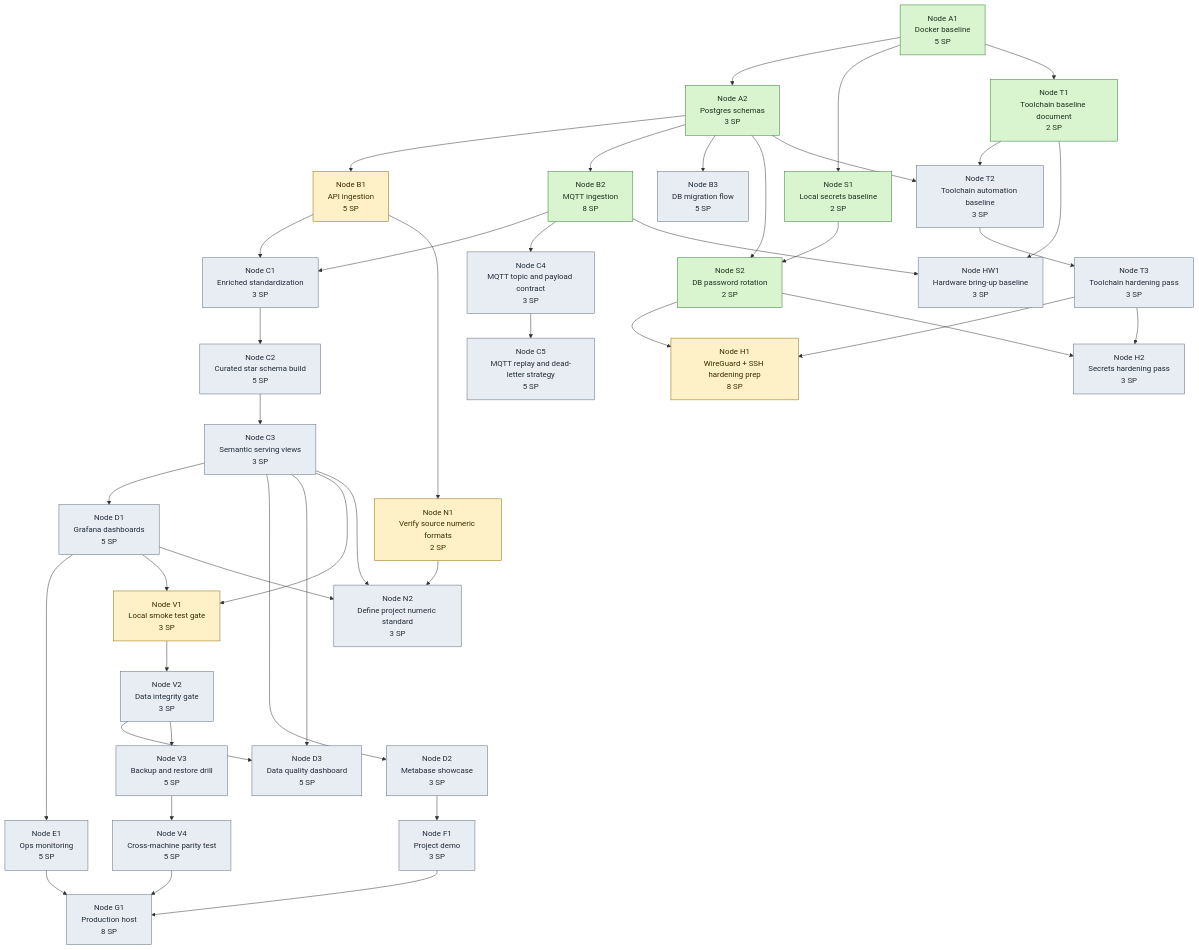
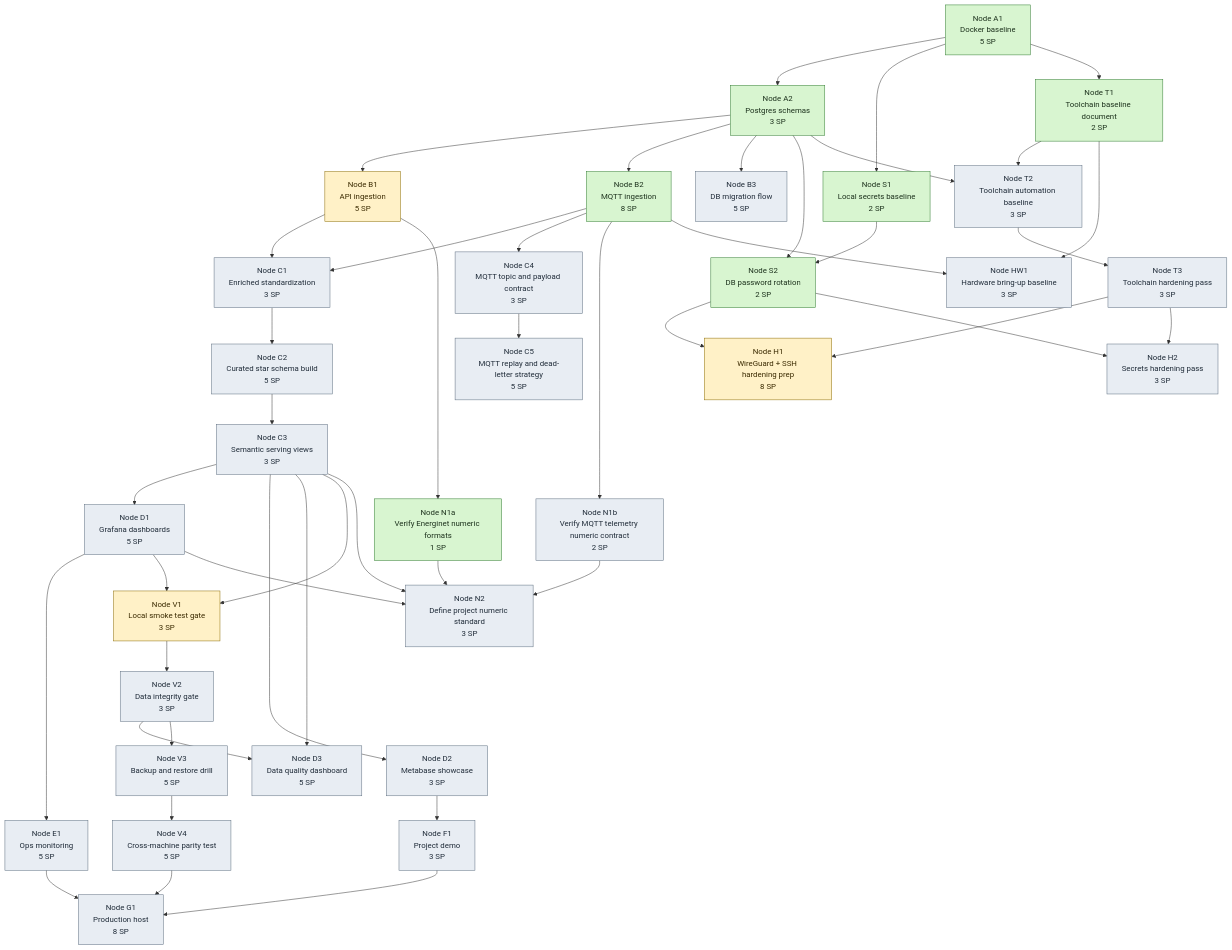
Before and after one commit to EnTekLasse/commons-anchor: the diagram in docs/architecture/diagrams/tech-tree.mmd, drawn with Mermaid. The commit also changed 3 other files, not shown here.

```diff
--- a/docs/architecture/diagrams/tech-tree.mmd
+++ b/docs/architecture/diagrams/tech-tree.mmd
@@ -1,108 +1,112 @@
 %% AUTO-GENERATED FROM docs/architecture/diagram-model.json
 flowchart TD
   A1[Node A1<br/>Docker baseline<br/>5 SP]
   A2[Node A2<br/>Postgres schemas<br/>3 SP]
   B1[Node B1<br/>API ingestion<br/>5 SP]
   B2[Node B2<br/>MQTT ingestion<br/>8 SP]
   B3[Node B3<br/>DB migration flow<br/>5 SP]
   C1[Node C1<br/>Enriched standardization<br/>3 SP]
   C2[Node C2<br/>Curated star schema build<br/>5 SP]
   C3[Node C3<br/>Semantic serving views<br/>3 SP]
   C4[Node C4<br/>MQTT topic and payload contract<br/>3 SP]
   C5[Node C5<br/>MQTT replay and dead-letter strategy<br/>5 SP]
   D1[Node D1<br/>Grafana dashboards<br/>5 SP]
   D2[Node D2<br/>Metabase showcase<br/>3 SP]
   D3[Node D3<br/>Data quality dashboard<br/>5 SP]
   E1[Node E1<br/>Ops monitoring<br/>5 SP]
   F1[Node F1<br/>Project demo<br/>3 SP]
   V1[Node V1<br/>Local smoke test gate<br/>3 SP]
   V2[Node V2<br/>Data integrity gate<br/>3 SP]
   V3[Node V3<br/>Backup and restore drill<br/>5 SP]
   V4[Node V4<br/>Cross-machine parity test<br/>5 SP]
   G1[Node G1<br/>Production host<br/>8 SP]
   S1[Node S1<br/>Local secrets baseline<br/>2 SP]
   S2[Node S2<br/>DB password rotation<br/>2 SP]
-  N1[Node N1<br/>Verify source numeric formats<br/>2 SP]
+  N1a[Node N1a<br/>Verify Energinet numeric formats<br/>1 SP]
+  N1b[Node N1b<br/>Verify MQTT telemetry numeric contract<br/>2 SP]
   N2[Node N2<br/>Define project numeric standard<br/>3 SP]
   H1[Node H1<br/>WireGuard + SSH hardening prep<br/>8 SP]
   H2[Node H2<br/>Secrets hardening pass<br/>3 SP]
   T1[Node T1<br/>Toolchain baseline document<br/>2 SP]
   T2[Node T2<br/>Toolchain automation baseline<br/>3 SP]
   T3[Node T3<br/>Toolchain hardening pass<br/>3 SP]
   HW1[Node HW1<br/>Hardware bring-up baseline<br/>3 SP]
 
   A1 --> A2
   A2 --> B1
   A2 --> B2
   A2 --> B3
   B1 --> C1
   B2 --> C1
   C1 --> C2
   C2 --> C3
   B2 --> C4
   C4 --> C5
   C3 --> D1
   C3 --> D2
   C3 --> D3
   V2 --> D3
   D1 --> E1
   D2 --> F1
   C3 --> V1
   D1 --> V1
   V1 --> V2
   V2 --> V3
   V3 --> V4
   E1 --> G1
   F1 --> G1
   V4 --> G1
   A1 --> S1
   S1 --> S2
   A2 --> S2
-  B1 --> N1
-  N1 --> N2
+  B1 --> N1a
+  B2 --> N1b
+  N1a --> N2
+  N1b --> N2
   C3 --> N2
   D1 --> N2
   S2 --> H1
   T3 --> H1
   S2 --> H2
   T3 --> H2
   A1 --> T1
   T1 --> T2
   A2 --> T2
   T2 --> T3
   B2 --> HW1
   T1 --> HW1
 
   classDef done fill:#d8f5d0,stroke:#2f7a2f,stroke-width:1px,color:#1c311c
   classDef inProgress fill:#fff1c7,stroke:#8a6a00,stroke-width:1px,color:#3a2a00
   classDef backlog fill:#e8edf3,stroke:#5a6b7d,stroke-width:1px,color:#1f2b38
   class A1 done
   class A2 done
   class B1 inProgress
   class B2 done
   class B3 backlog
   class C1 backlog
   class C2 backlog
   class C3 backlog
   class C4 backlog
   class C5 backlog
   class D1 backlog
   class D2 backlog
   class D3 backlog
   class E1 backlog
   class F1 backlog
   class V1 inProgress
   class V2 backlog
   class V3 backlog
   class V4 backlog
   class G1 backlog
   class S1 done
   class S2 done
-  class N1 inProgress
+  class N1a done
+  class N1b backlog
   class N2 backlog
   class H1 inProgress
   class H2 backlog
   class T1 done
   class T2 backlog
   class T3 backlog
   class HW1 backlog
```
